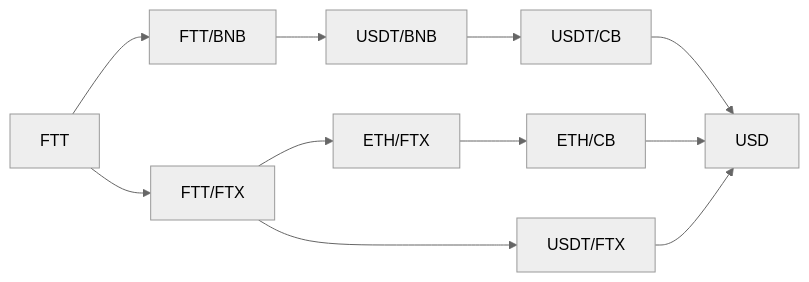
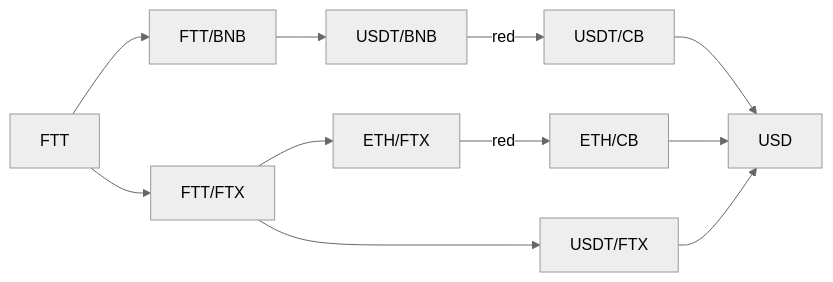
One commit to Ramzgate/node_setup changed the second of 2 diagrams in ubuntu_os.md. Above: the diagram before and after it, drawn with Mermaid (neutral theme).

Commit message:
ubuntu install instructions

````diff
--- a/ubuntu_os.md
+++ b/ubuntu_os.md
@@ -78,13 +78,13 @@
 ```mermaid
 graph LR
   A[FTT] --> B[FTT/BNB]
   B --> C[USDT/BNB]
-  C --> D[USDT/CB]
+  C -->|red| D[USDT/CB]
   D --> E[USD]
   A --> F[FTT/FTX]
   F --> G[ETH/FTX]
-  G --> H[ETH/CB]
+  G -->|red| H[ETH/CB]
   H --> E
   F --> I[USDT/FTX]
   I --> E
 ```
````
